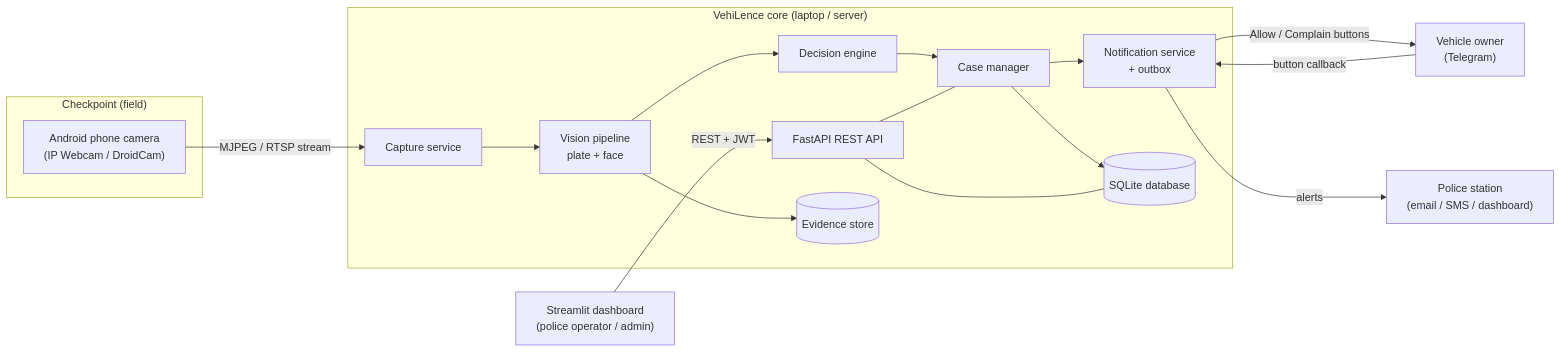
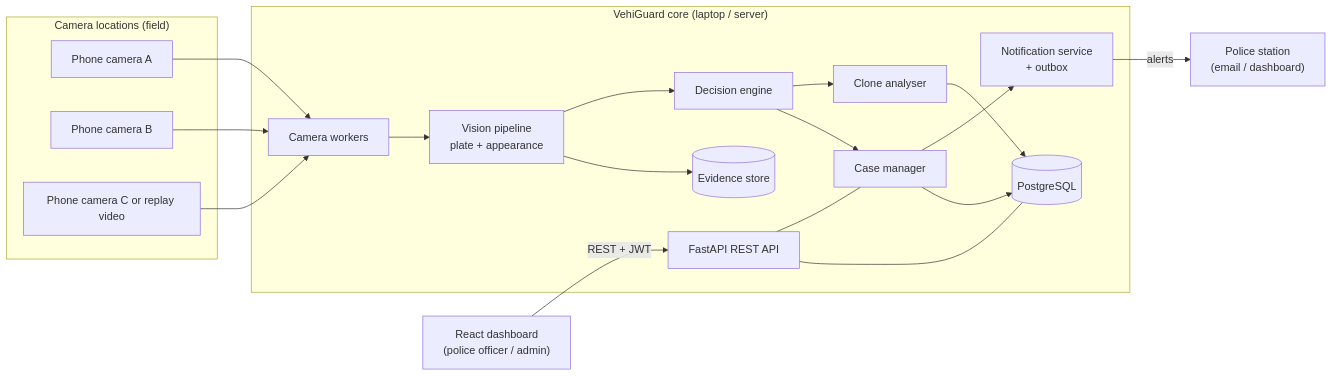
The first of 9 diagrams in docs/architecture.md (Vini07Dsouza/vehiGuard), drawn with Mermaid before and after one commit. The commit also changed other lines of this file and 6 other files, not shown here.

Commit message:
docs: replace VehiLence docs with VehiGuard docs

````diff
--- a/docs/architecture.md
+++ b/docs/architecture.md
@@ -41,35 +42,39 @@
 ```mermaid
 flowchart LR
-  subgraph Field["Checkpoint (field)"]
-    PH["Android phone camera<br/>(IP Webcam / DroidCam)"]
+  subgraph Field["Camera locations (field)"]
+    CA["Phone camera A"]
+    CB["Phone camera B"]
+    CC["Phone camera C or replay video"]
   end
 
-  subgraph Core["VehiLence core (laptop / server)"]
-    CAP["Capture service"]
-    VIS["Vision pipeline<br/>plate + face"]
+  subgraph Core["VehiGuard core (laptop / server)"]
+    CAP["Camera workers"]
+    VIS["Vision pipeline<br/>plate + appearance"]
     ENG["Decision engine"]
+    CLN["Clone analyser"]
     CASE["Case manager"]
     NOT["Notification service<br/>+ outbox"]
     API["FastAPI REST API"]
-    DB[("SQLite database")]
+    DB[("PostgreSQL")]
     FS[("Evidence store")]
   end
 
-  DASH["Streamlit dashboard<br/>(police operator / admin)"]
-  OWN["Vehicle owner<br/>(Telegram)"]
-  POL["Police station<br/>(email / SMS / dashboard)"]
+  DASH["React dashboard<br/>(police officer / admin)"]
+  POL["Police station<br/>(email / dashboard)"]
 
-  PH -->|"MJPEG / RTSP stream"| CAP
+  CA --> CAP
+  CB --> CAP
+  CC --> CAP
   CAP --> VIS
   VIS --> ENG
+  ENG --> CLN
+  CLN --> DB
   ENG --> CASE
   CASE --> NOT
   CASE --> DB
   VIS --> FS
   API --- CASE
   API --- DB
   DASH -->|"REST + JWT"| API
-  NOT -->|"Allow / Complain buttons"| OWN
-  OWN -->|"button callback"| NOT
   NOT -->|"alerts"| POL
 ```
````
